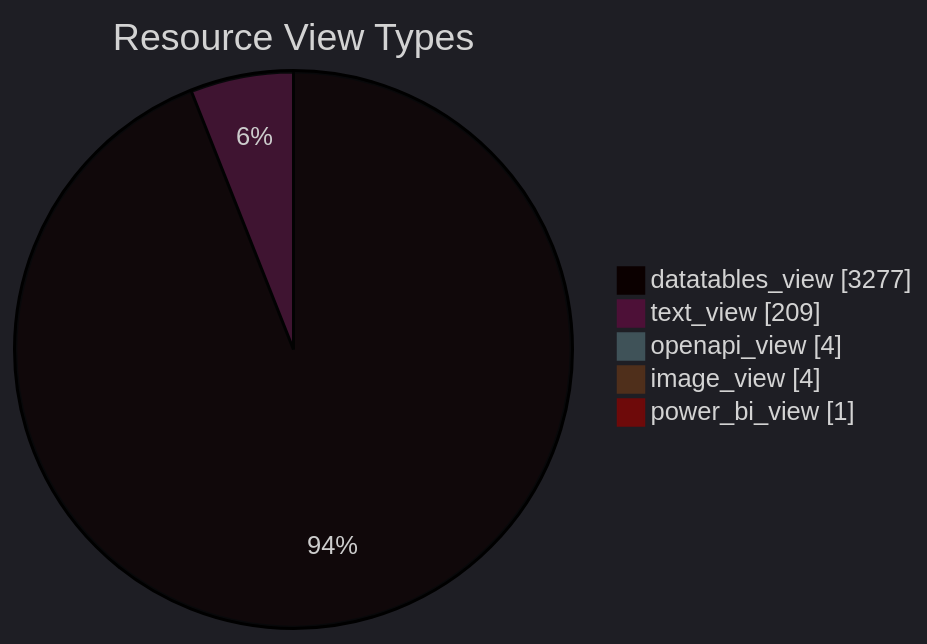
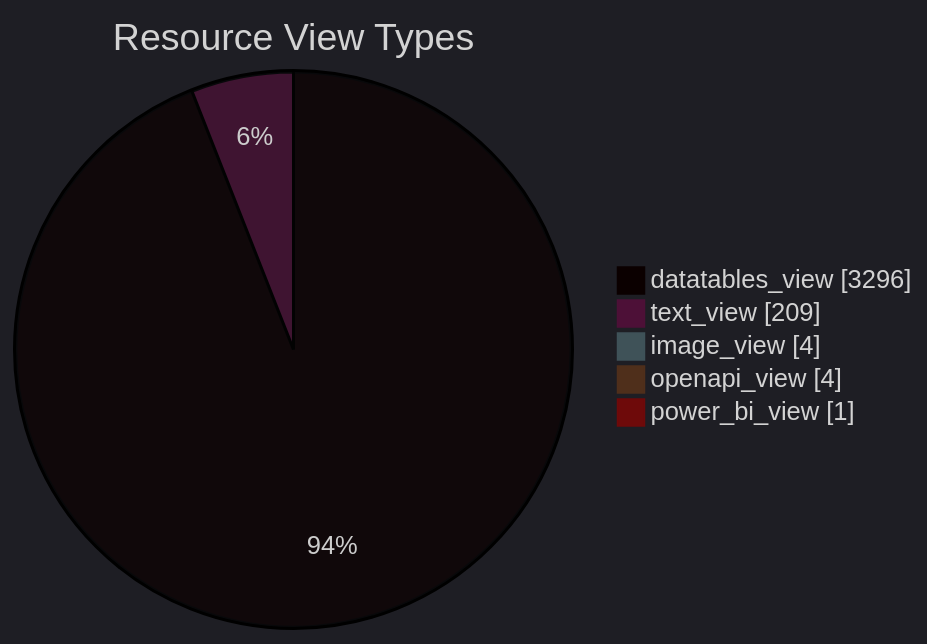
One commit to open-data/analytics-corporate-reporting changed the diagram in datastore_tracker/resource_view_types_pie_chart.md. Above: the diagram before and after it, drawn with Mermaid. The commit also changed 9 other files, not shown here.

````diff
--- a/datastore_tracker/resource_view_types_pie_chart.md
+++ b/datastore_tracker/resource_view_types_pie_chart.md
@@ -2,12 +2,12 @@
 ```mermaid
 ---
 config:
   theme: dark
 ---
 pie showData title Resource View Types
-    "datatables_view": 3277
+    "datatables_view": 3296
     "text_view": 209
+    "image_view": 4
     "openapi_view": 4
-    "image_view": 4
     "power_bi_view": 1
 ```
````
